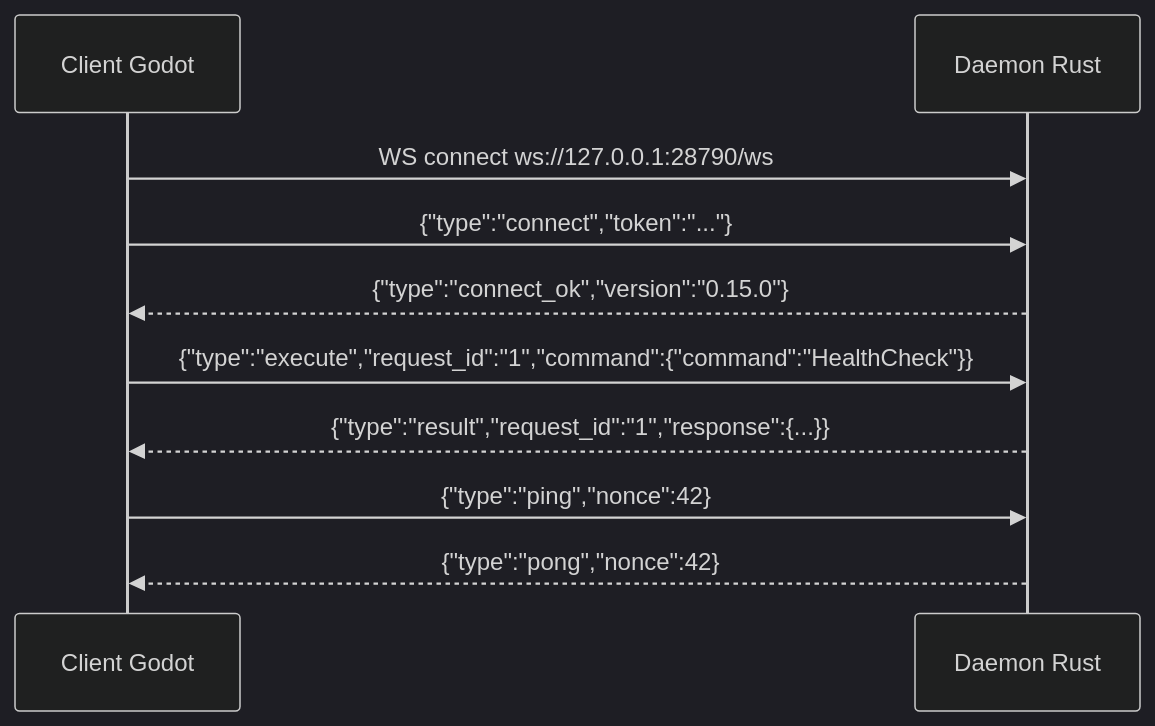
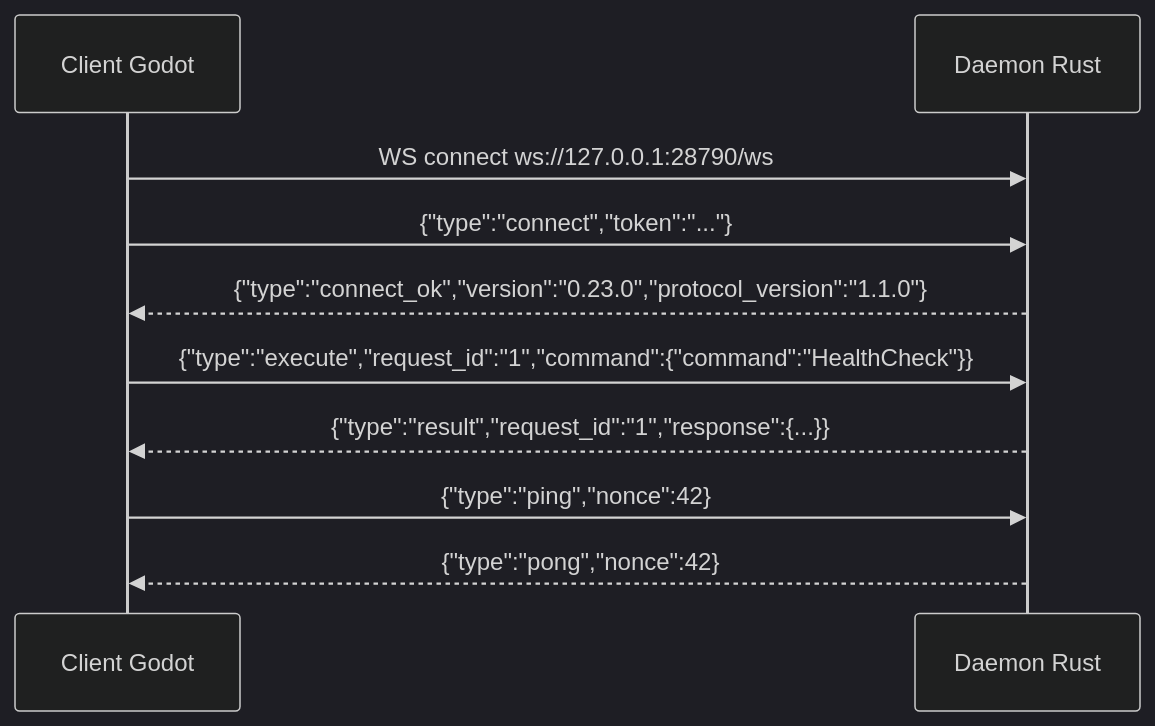
The diagram in territoire-graphique/communication.md (SovenLabs/orchestrateur), drawn with Mermaid (dark theme) before and after one commit. The commit also changed other lines of this file and 314 other files, not shown here.

````diff
--- a/territoire-graphique/communication.md
+++ b/territoire-graphique/communication.md
@@ -24,13 +24,13 @@
 ```mermaid
 sequenceDiagram
     participant C as Client Godot
     participant D as Daemon Rust
 
     C->>D: WS connect ws://127.0.0.1:28790/ws
     C->>D: {"type":"connect","token":"..."}
-    D-->>C: {"type":"connect_ok","version":"0.15.0"}
+    D-->>C: {"type":"connect_ok","version":"0.23.0","protocol_version":"1.1.0"}
     C->>D: {"type":"execute","request_id":"1","command":{"command":"HealthCheck"}}
     D-->>C: {"type":"result","request_id":"1","response":{...}}
     C->>D: {"type":"ping","nonce":42}
     D-->>C: {"type":"pong","nonce":42}
 ```
````
